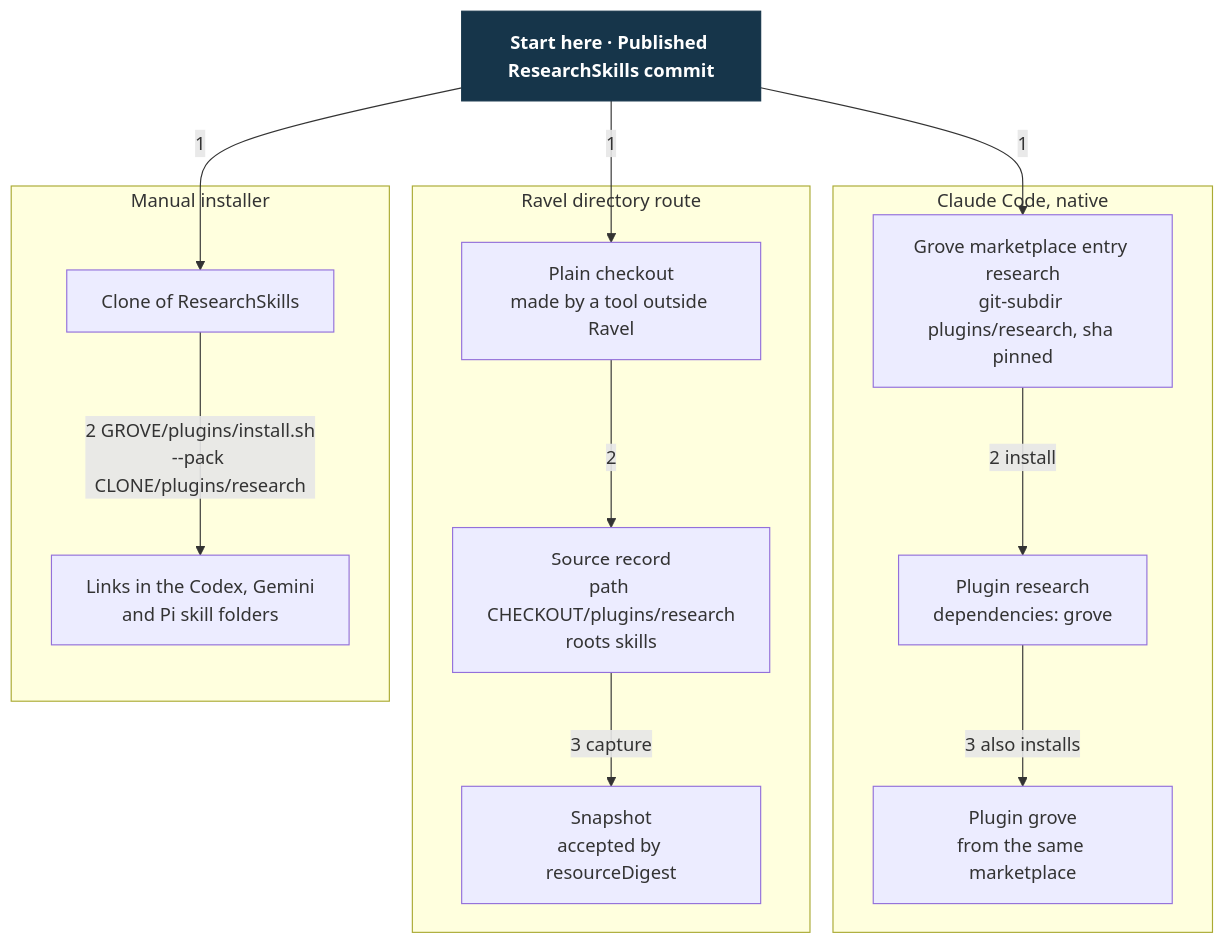
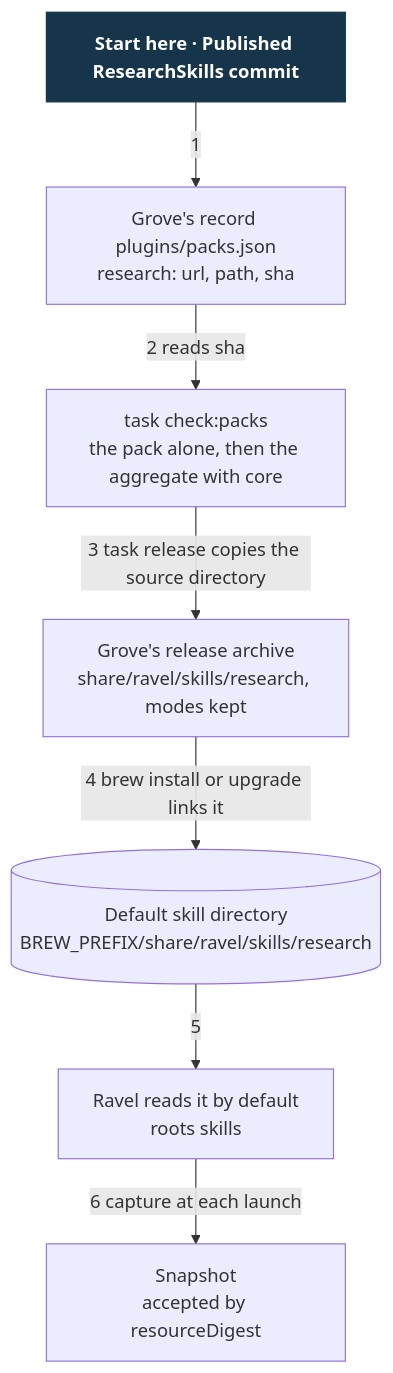
Before and after one commit to Linkuistics/grove: the diagram in docs/design/external-pack-contract/distribution.mmd, drawn with Mermaid. The commit also changed 44 other files, not shown here.

```diff
--- a/docs/design/external-pack-contract/distribution.mmd
+++ b/docs/design/external-pack-contract/distribution.mmd
@@ -1,26 +1,16 @@
 flowchart TB
     S["Start here · Published ResearchSkills commit"]
-    subgraph native["Claude Code, native"]
-        M["Grove marketplace entry research<br/>git-subdir plugins/research, sha pinned"]
-        CC["Plugin research<br/>dependencies: grove"]
-        G["Plugin grove<br/>from the same marketplace"]
-        M -->|2 install| CC
-        CC -->|3 also installs| G
-    end
-    subgraph ravel["Ravel directory route"]
-        CK["Plain checkout<br/>made by a tool outside Ravel"]
-        RS["Source record<br/>path CHECKOUT/plugins/research<br/>roots skills"]
-        SN["Snapshot<br/>accepted by resourceDigest"]
-        CK -->|2| RS
-        RS -->|3 capture| SN
-    end
-    subgraph manual["Manual installer"]
-        WC["Clone of ResearchSkills"]
-        LN["Links in the Codex, Gemini<br/>and Pi skill folders"]
-        WC -->|"2 GROVE/plugins/install.sh<br/>--pack CLONE/plugins/research"| LN
-    end
-    S -->|1| M
-    S -->|1| CK
-    S -->|1| WC
+    R["Grove's record plugins/packs.json<br/>research: url, path, sha"]
+    C["task check:packs<br/>the pack alone, then the aggregate with core"]
+    A["Grove's release archive<br/>share/ravel/skills/research, modes kept"]
+    K[("Default skill directory<br/>BREW_PREFIX/share/ravel/skills/research")]
+    RS["Ravel reads it by default<br/>roots skills"]
+    SN["Snapshot<br/>accepted by resourceDigest"]
+    S -->|1| R
+    R -->|"2 reads sha"| C
+    C -->|"3 task release copies the source directory"| A
+    A -->|"4 brew install or upgrade links it"| K
+    K -->|5| RS
+    RS -->|"6 capture at each launch"| SN
     classDef start fill:#16354a,color:#fff,stroke:#16354a,font-weight:bold
     class S start
```
